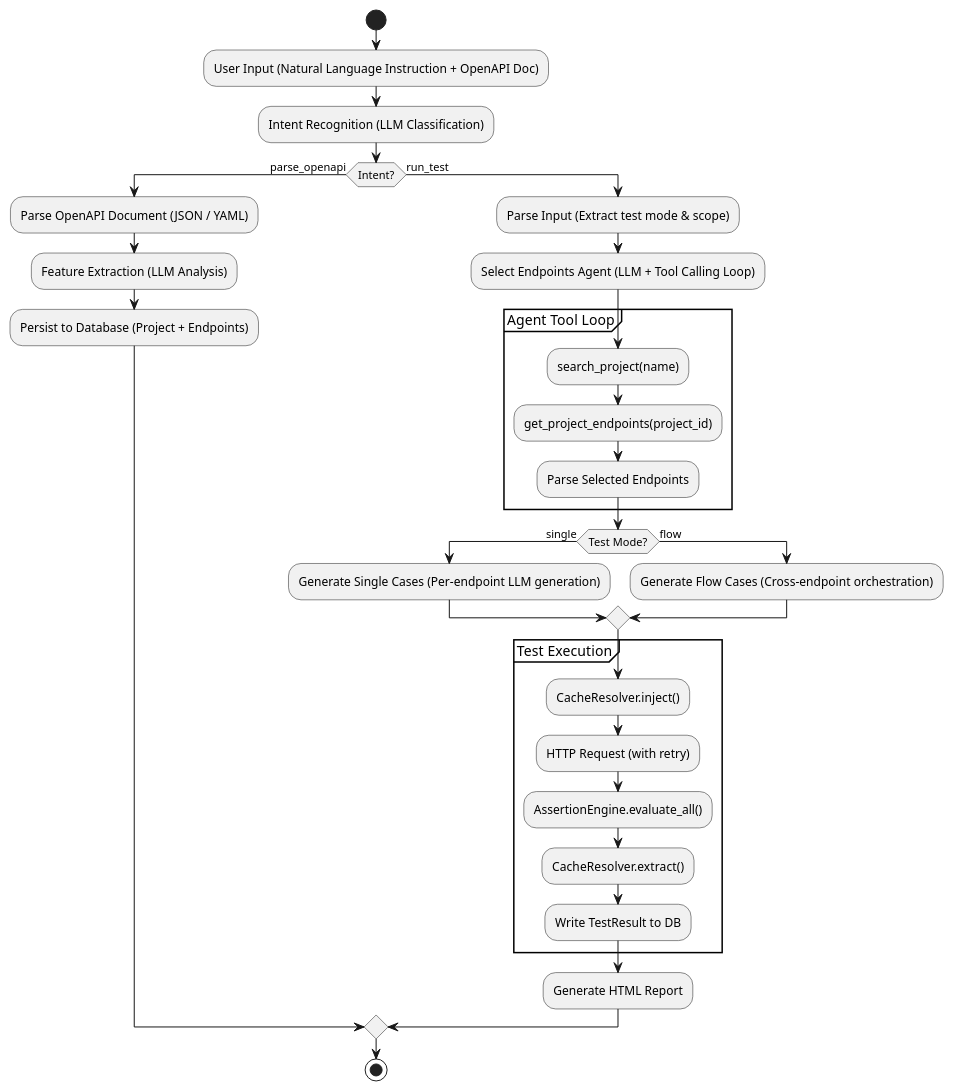
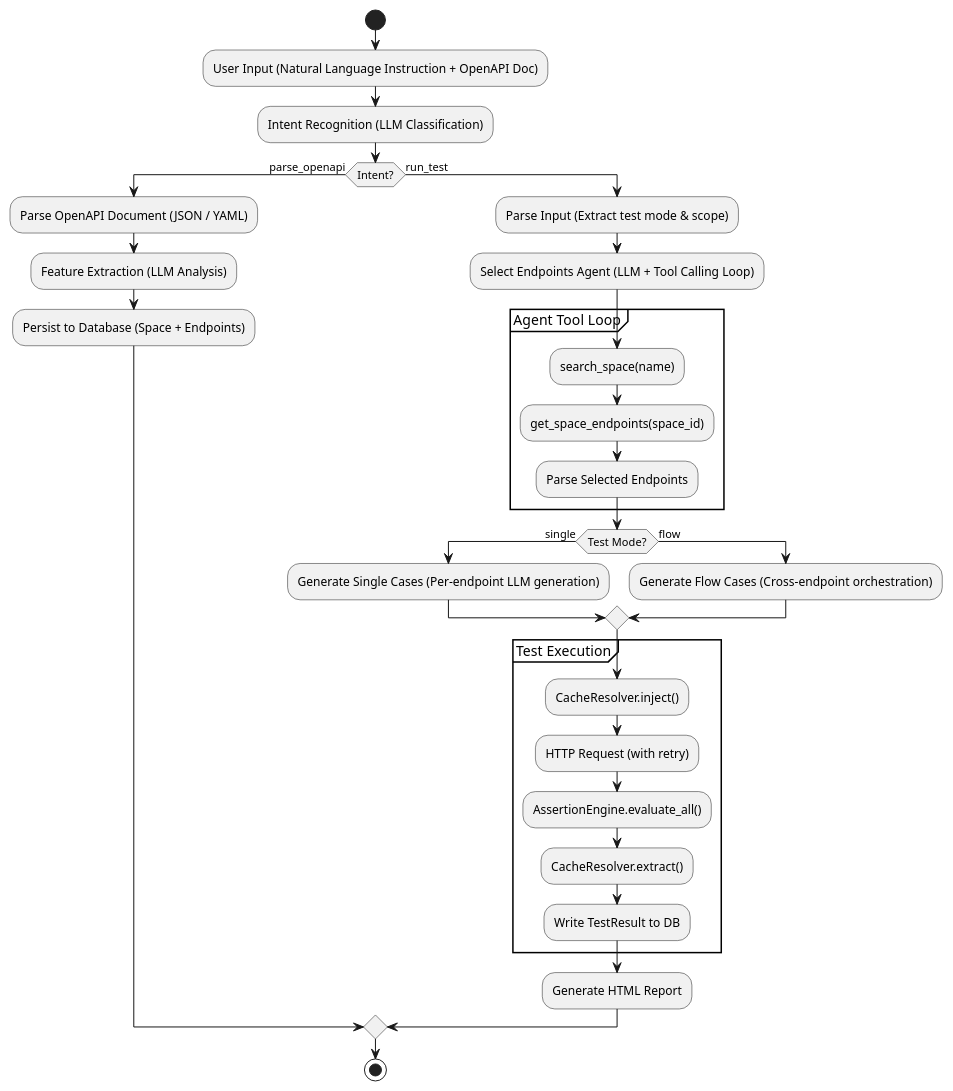
Before and after one commit to cmrhyq/LLMTestAgent: the diagram in doc/design/SystemFlowchart.md, drawn with PlantUML. The commit also changed other lines of this file and 19 other files, not shown here.

Commit message:
Update the project name to TestAgents

````diff
--- a/doc/design/SystemFlowchart.md
+++ b/doc/design/SystemFlowchart.md
@@ -22,39 +18,39 @@
 ```plantuml
 @startuml system-flowchart
 start
 :User Input (Natural Language Instruction + OpenAPI Doc);
 :Intent Recognition (LLM Classification);
 
 if (Intent?) then (parse_openapi)
   :Parse OpenAPI Document (JSON / YAML);
   :Feature Extraction (LLM Analysis);
-  :Persist to Database (Project + Endpoints);
+  :Persist to Database (Space + Endpoints);
 else (run_test)
   :Parse Input (Extract test mode & scope);
   :Select Endpoints Agent (LLM + Tool Calling Loop);
 
   partition "Agent Tool Loop" {
-    :search_project(name);
-    :get_project_endpoints(project_id);
+    :search_space(name);
+    :get_space_endpoints(space_id);
     :Parse Selected Endpoints;
   }
 
   if (Test Mode?) then (single)
     :Generate Single Cases (Per-endpoint LLM generation);
   else (flow)
     :Generate Flow Cases (Cross-endpoint orchestration);
   endif
 
   partition "Test Execution" {
     :CacheResolver.inject();
     :HTTP Request (with retry);
     :AssertionEngine.evaluate_all();
     :CacheResolver.extract();
     :Write TestResult to DB;
   }
 
   :Generate HTML Report;
 endif
 stop
 @enduml
 ```
````
